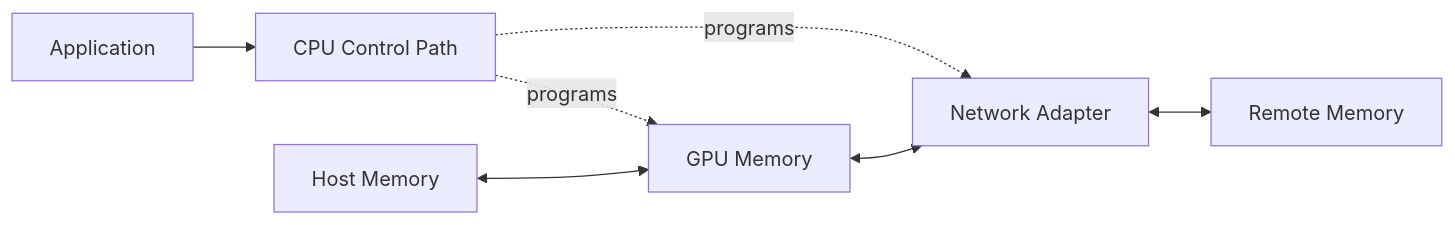
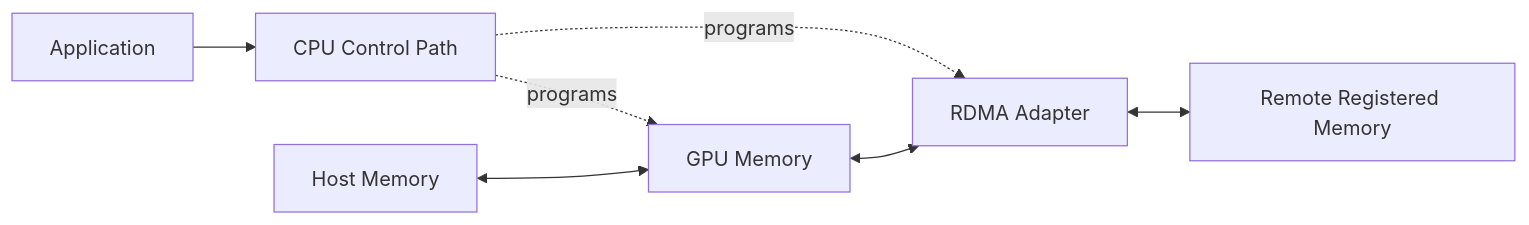
Before and after one commit to jithinpnjm/nvidia-devops: the first of 4 diagrams in docs/nvidia-zero-to-hero/volume-07/chapter-04-dma-rdma-and-peer-to-peer.md, drawn with Mermaid. The commit also changed other lines of this file, not shown here.

````diff
--- a/docs/nvidia-zero-to-hero/volume-07/chapter-04-dma-rdma-and-peer-to-peer.md
+++ b/docs/nvidia-zero-to-hero/volume-07/chapter-04-dma-rdma-and-peer-to-peer.md
@@ -60,16 +54,16 @@
 ```mermaid
 flowchart LR
     App[Application]
     CPU[CPU Control Path]
-    HM[Host Memory]
+    Host[Host Memory]
     GPU[GPU Memory]
-    NIC[Network Adapter]
-    RM[Remote Memory]
+    NIC[RDMA Adapter]
+    Remote[Remote Registered Memory]
 
     App --> CPU
     CPU -. programs .-> GPU
     CPU -. programs .-> NIC
-    HM <--> GPU
+    Host <--> GPU
     GPU <--> NIC
-    NIC <--> RM
+    NIC <--> Remote
 ```
````
